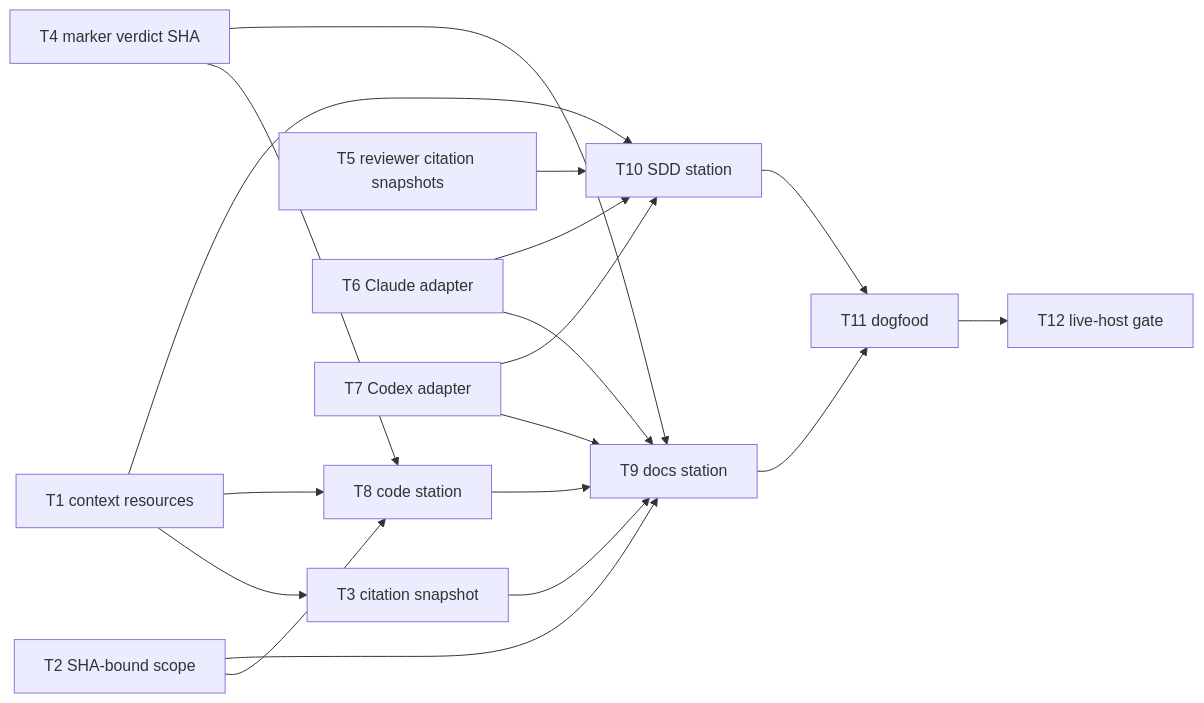
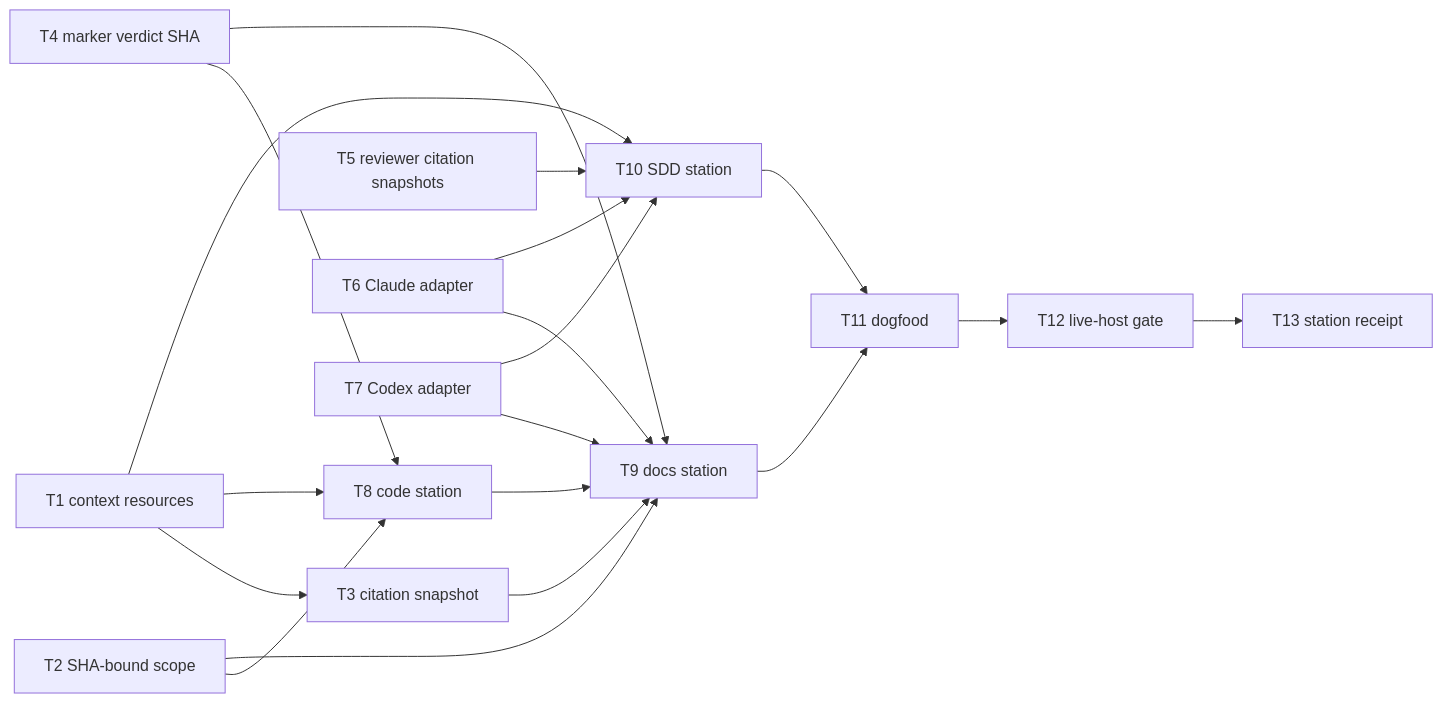
The diagram in docs/loom/plans/2026-08-24-cross-host-review-gate-hardening-part-4.md (kouko/monkey-skills), drawn with Mermaid before and after one commit. The commit also changed other lines of this file and 19 other files, not shown here.

````diff
--- a/docs/loom/plans/2026-08-24-cross-host-review-gate-hardening-part-4.md
+++ b/docs/loom/plans/2026-08-24-cross-host-review-gate-hardening-part-4.md
@@ -19,20 +20,21 @@
 ```mermaid
 flowchart LR
     T1["T1 context resources"] --> T3["T3 citation snapshot"]
     T1 --> T8["T8 code station"]
     T1 --> T10["T10 SDD station"]
     T2["T2 SHA-bound scope"] --> T8
     T2 --> T9["T9 docs station"]
     T3 --> T9
     T4["T4 marker verdict SHA"] --> T8
     T4 --> T9
     T5["T5 reviewer citation snapshots"] --> T10
     T6["T6 Claude adapter"] --> T9
     T7["T7 Codex adapter"] --> T9
     T6 --> T10
     T7 --> T10
     T8 --> T9
     T9 --> T11["T11 dogfood"]
     T10 --> T11
     T11 --> T12["T12 live-host gate"]
+    T12 --> T13["T13 station receipt"]
 ```
````
